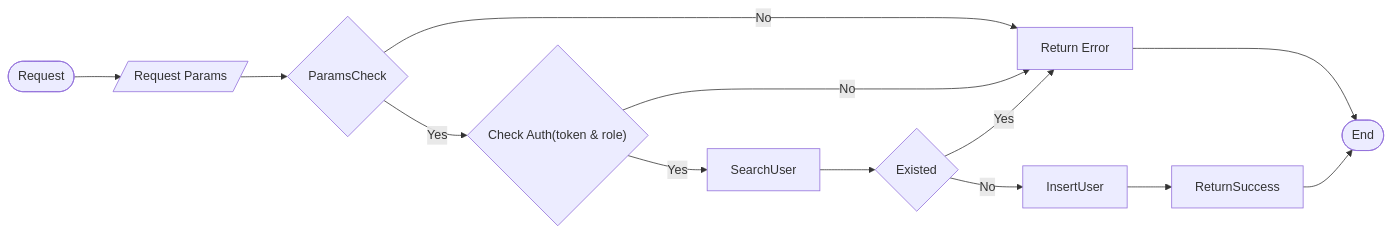
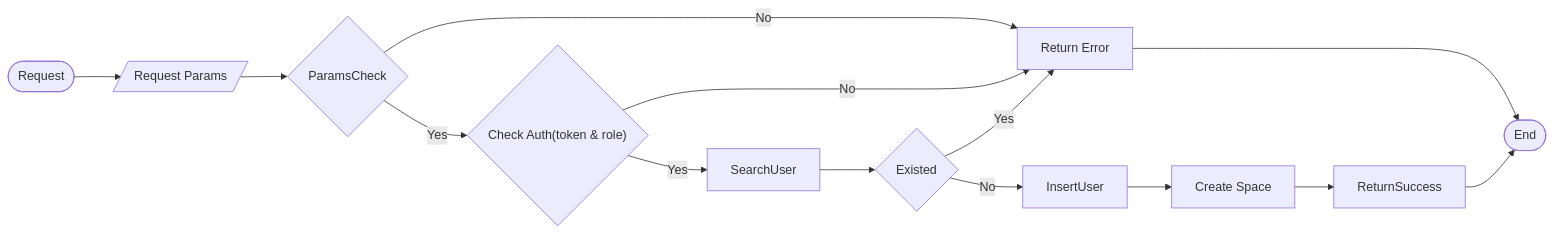
Before and after one commit to XIA1900/SE: the fifth of 10 diagrams in GFBackend/flowcharts/UserManage.md, drawn with Mermaid. The commit also changed other lines of this file and 9 other files, not shown here.

````diff
--- a/GFBackend/flowcharts/UserManage.md
+++ b/GFBackend/flowcharts/UserManage.md
@@ -54,9 +54,9 @@
 ```mermaid
 flowchart LR
 	Start([Request]) --> Params[/Request Params/] --> ParamsCheck{ParamsCheck}
 	ParamsCheck --> |No| Error[Return Error] --> End([End])
 	ParamsCheck --> |Yes| AuthCheck{"Check Auth(token & role)"} --> |No| Error
 	AuthCheck --> |Yes| SearchUser[SearchUser] --> Existed{Existed}
 	Existed --> |Yes| Error
-	Existed --> |No| InsertUser[InsertUser] --> Success[ReturnSuccess] --> End
+	Existed --> |No| InsertUser[InsertUser] --> CreateSpace[Create Space] --> Success[ReturnSuccess] --> End
 ```
````
